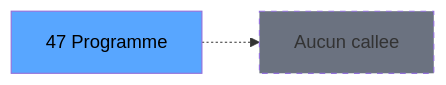
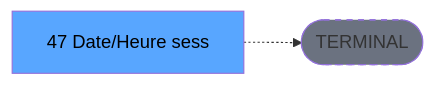
Before and after one commit to thonyAGP/lecteur-magic: the third of 3 diagrams in .openspec/renders/ADH-IDE-47.md, drawn with Mermaid. The commit also changed other lines of this file and 701 other files, not shown here.

````diff
--- a/.openspec/renders/ADH-IDE-47.md
+++ b/.openspec/renders/ADH-IDE-47.md
@@ -137,8 +134,8 @@
 ```mermaid
 graph LR
-    T[47 Programme]
-    NONE[Aucun callee]
-    T -.-> NONE
+    T[47 Date/Heure sess]
+    TERM([TERMINAL])
+    T -.-> TERM
+    style TERM fill:#6b7280,stroke-dasharray: 5 5
     style T fill:#58a6ff,color:#000
-    style NONE fill:#6b7280,stroke-dasharray: 5 5
 ```
````
